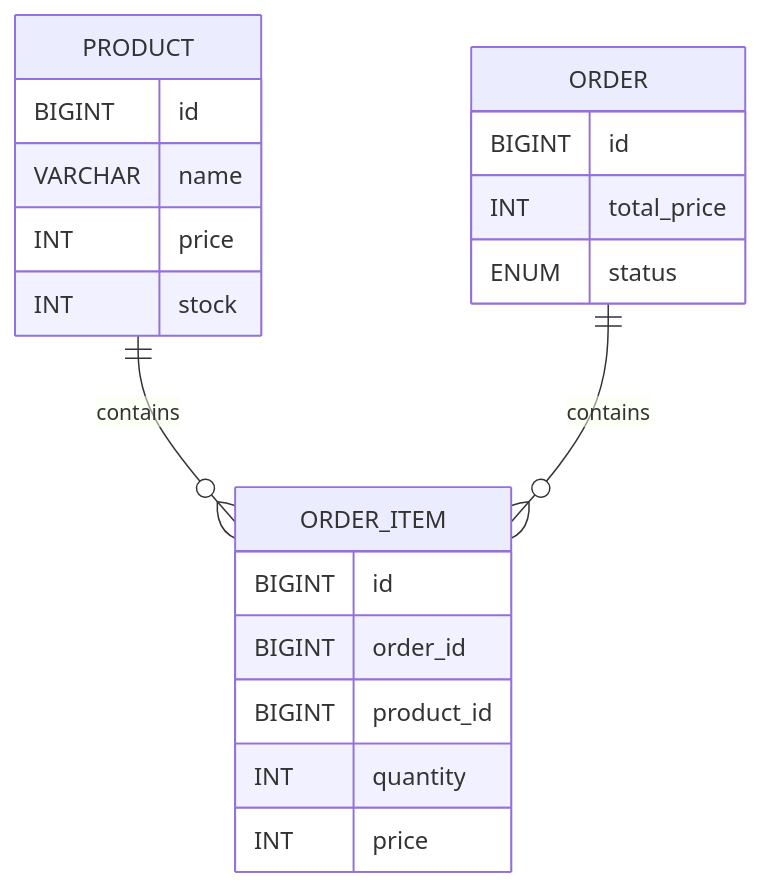
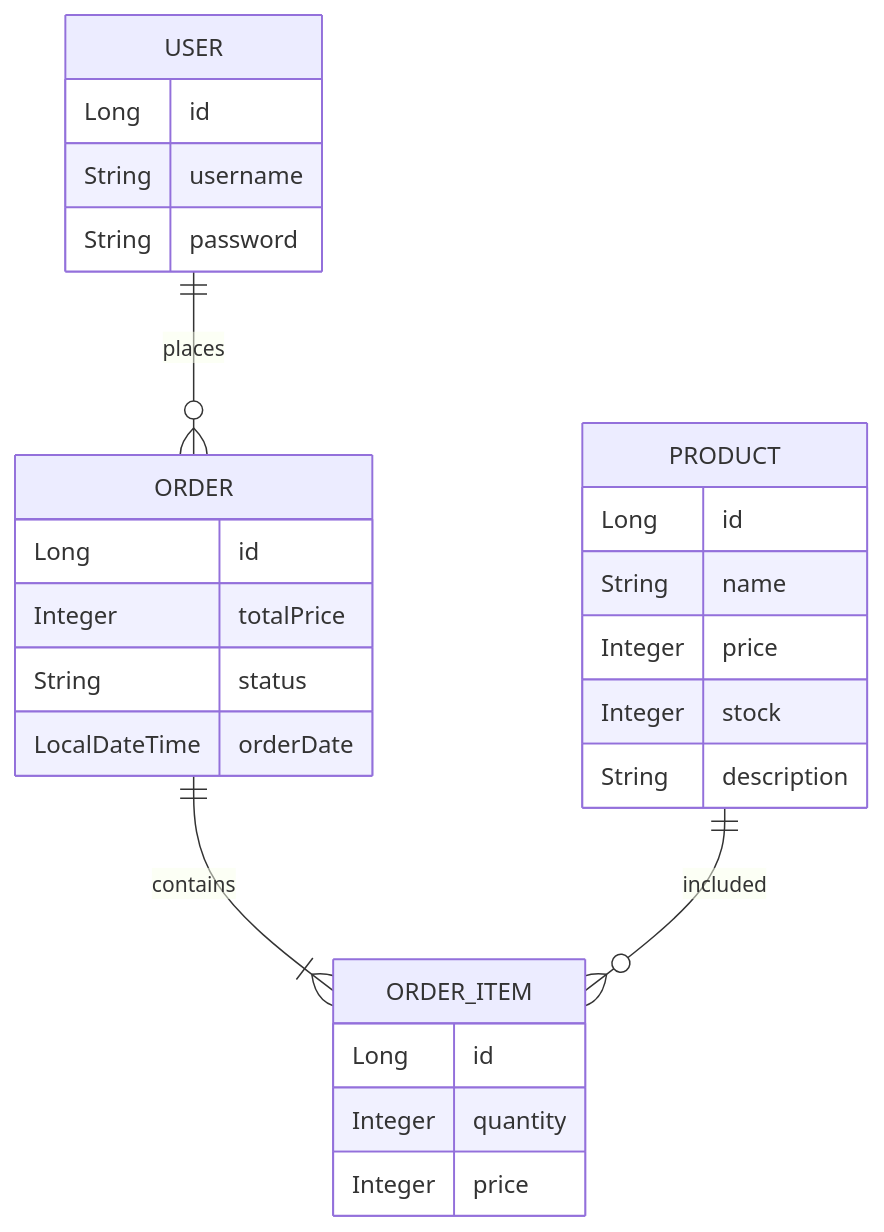
The first of 3 diagrams in README.md (utl-flaxy/inventory-management-system), drawn with Mermaid before and after one commit. The commit also changed other lines of this file, not shown here.

````diff
--- a/README.md
+++ b/README.md
@@ -208,27 +812,34 @@
 ```mermaid
 erDiagram
 
-PRODUCT ||--o{ ORDER_ITEM : contains
-ORDER ||--o{ ORDER_ITEM : contains
+USER ||--o{ ORDER : places
+ORDER ||--|{ ORDER_ITEM : contains
+PRODUCT ||--o{ ORDER_ITEM : included
+
+USER {
+    Long id
+    String username
+    String password
+}
 
 PRODUCT {
-    BIGINT id
-    VARCHAR name
-    INT price
-    INT stock
+    Long id
+    String name
+    Integer price
+    Integer stock
+    String description
 }
 
 ORDER {
-    BIGINT id
-    INT total_price
-    ENUM status
+    Long id
+    Integer totalPrice
+    String status
+    LocalDateTime orderDate
 }
 
 ORDER_ITEM {
-    BIGINT id
-    BIGINT order_id
-    BIGINT product_id
-    INT quantity
-    INT price
+    Long id
+    Integer quantity
+    Integer price
 }
 ```
````
